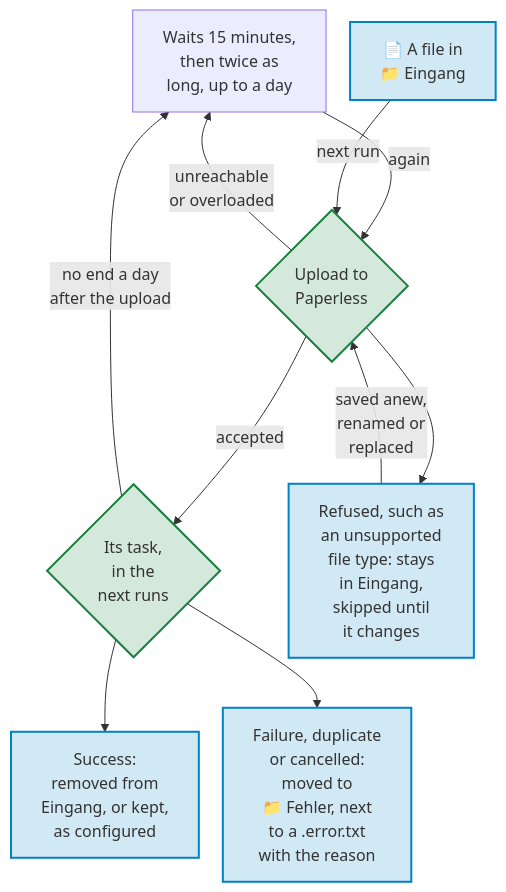
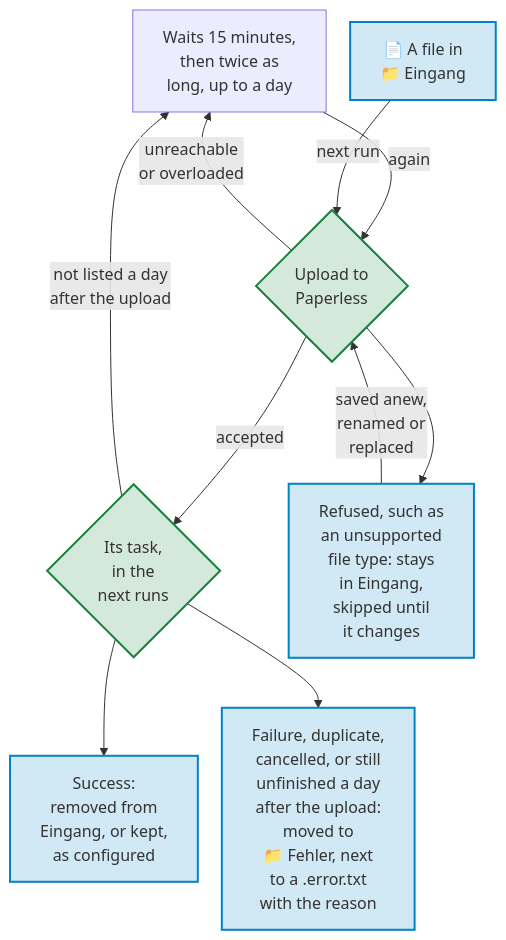
The diagram in docs/diagrams/the-way-of-a-file-from-the-inbox-to-paperless.mmd (Dennis-Otto/paperless-sync), drawn with Mermaid before and after one commit. The commit also changed 15 other files, not shown here.

First line of the commit message:
fix(inbox): don't upload a file again while Paperless still lists its task

```diff
--- a/docs/diagrams/the-way-of-a-file-from-the-inbox-to-paperless.mmd
+++ b/docs/diagrams/the-way-of-a-file-from-the-inbox-to-paperless.mmd
@@ -1,32 +1,32 @@
 ---
 config:
   flowchart:
     nodeSpacing: 24
 ---
 flowchart TB
     accTitle: The way of a file from the inbox to Paperless
-    accDescr: In the next run, a file in the folder Eingang is uploaded to Paperless. When Paperless is unreachable or overloaded, the file waits 15 minutes, then twice as long each time, up to a day, and is uploaded again. When Paperless refuses it, such as a file of an unsupported type, it stays in Eingang and is skipped until it is saved anew, renamed or replaced. When Paperless accepts it, the next runs follow its Paperless task while it is running: after success, the file is removed from Eingang or kept, as configured; after a failure, a duplicate or a cancelled task, it moves to the folder Fehler, next to a .error.txt with the reason. A task that Paperless has not finished a day after the upload, or doesn't list, sends the file to the wait as well, and it is uploaded again.
+    accDescr: In the next run, a file in the folder Eingang is uploaded to Paperless. When Paperless is unreachable or overloaded, the file waits 15 minutes, then twice as long each time, up to a day, and is uploaded again. When Paperless refuses it, such as a file of an unsupported type, it stays in Eingang and is skipped until it is saved anew, renamed or replaced. When Paperless accepts it, the next runs follow its Paperless task while it is running: after success, the file is removed from Eingang or kept, as configured; after a failure, a duplicate or a cancelled task, it moves to the folder Fehler, next to a .error.txt with the reason. A day after the upload, a file whose content Paperless has counts as imported; a task that Paperless still lists unfinished moves the file to Fehler, so that a second upload can't make a duplicate; and a task that Paperless doesn't list sends the file to the wait as well, and it is uploaded again.
 
     %% The wait takes the uploads that failed for a time and the tasks without an end back to the upload.
     retry["Waits 15 minutes,<br>then twice as<br>long, up to a day"]
     file["📄 A file in<br>📁 Eingang"]
     upload{"Upload to<br>Paperless"}
     task{"Its task,<br>in the<br>next runs"}
     refused["Refused, such as<br>an unsupported<br>file type: stays<br>in Eingang,<br>skipped until<br>it changes"]
     done["Success:<br>removed from<br>Eingang, or kept,<br>as configured"]
-    failed["Failure, duplicate<br>or cancelled:<br>moved to<br>📁 Fehler, next<br>to a .error.txt<br>with the reason"]
+    failed["Failure, duplicate,<br>cancelled, or still<br>unfinished a day<br>after the upload:<br>moved to<br>📁 Fehler, next<br>to a .error.txt<br>with the reason"]
 
     retry -- "again" --> upload
     file -- "next run" --> upload
     upload -- "unreachable<br>or overloaded" --> retry
     upload -- "accepted" --> task
     upload --> refused
     refused -- "saved anew,<br>renamed or<br>replaced" --> upload
     task --> done
     task --> failed
-    task -- "no end a day<br>after the upload" --> retry
+    task -- "not listed a day<br>after the upload" --> retry
 
     classDef nextcloud fill:#0082c92e,stroke:#0082c9,stroke-width:2px
     classDef paperless fill:#17803d2e,stroke:#17803d,stroke-width:2px
     class file,refused,done,failed nextcloud
     class upload,task paperless
```
